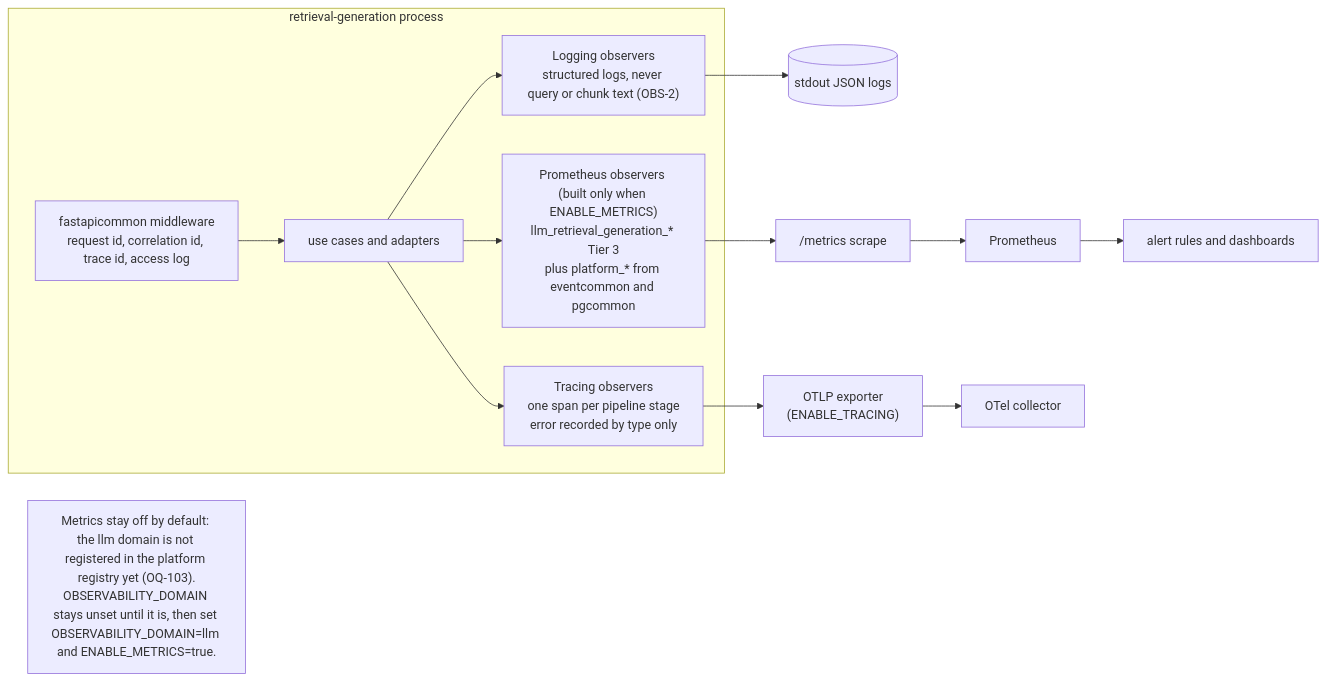
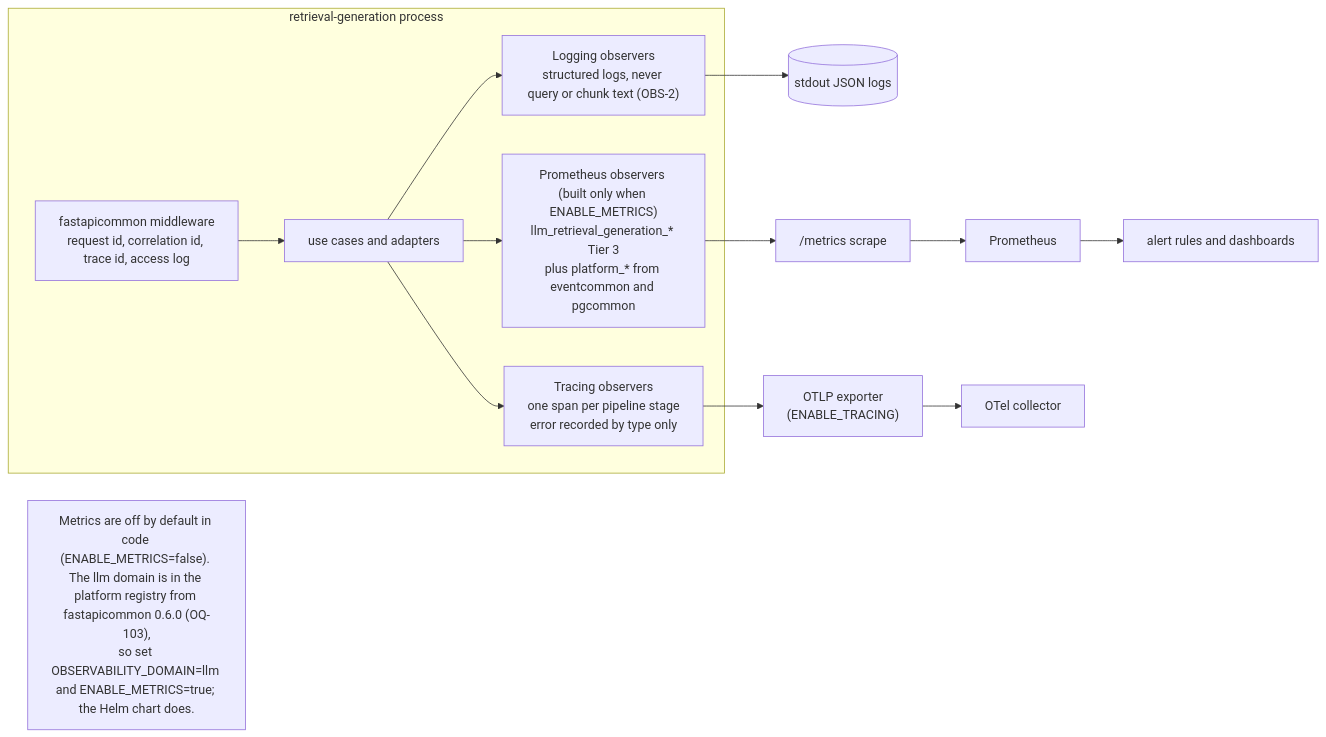
Before and after one commit to BCBP-SOLUTIONS-FZC-LLC/llm-retrieval-generation: the diagram in docs/architecture/mermaid/observability-stack.mmd, drawn with Mermaid. The commit also changed 23 other files, not shown here.

First line of the commit message:
feat: fastapicommon 0.6.0, the llm metrics domain, and the docs that called it blocked (#11)

```diff
--- a/docs/architecture/mermaid/observability-stack.mmd
+++ b/docs/architecture/mermaid/observability-stack.mmd
@@ -1,21 +1,21 @@
 flowchart LR
     subgraph svc["retrieval-generation process"]
         mw["fastapicommon middleware\nrequest id, correlation id, trace id, access log"]
         uc["use cases and adapters"]
         lo["Logging observers\nstructured logs, never query or chunk text (OBS-2)"]
         tr["Tracing observers\none span per pipeline stage\nerror recorded by type only"]
         pm["Prometheus observers (built only when ENABLE_METRICS)\nllm_retrieval_generation_* Tier 3\nplus platform_* from eventcommon and pgcommon"]
     end
 
     mw --> uc
     uc --> lo
     uc --> tr
     uc --> pm
     lo --> stdout[("stdout JSON logs")]
     tr --> otel["OTLP exporter\n(ENABLE_TRACING)"]
     pm --> metrics["/metrics scrape"]
     metrics --> prom["Prometheus"]
     otel --> collector["OTel collector"]
     prom --> alerts["alert rules and dashboards"]
 
-    gap["Metrics stay off by default: the llm domain is not registered in the platform registry yet (OQ-103).\nOBSERVABILITY_DOMAIN stays unset until it is, then set OBSERVABILITY_DOMAIN=llm and ENABLE_METRICS=true."]
+    gap["Metrics are off by default in code (ENABLE_METRICS=false). The llm domain is in the platform registry from fastapicommon 0.6.0 (OQ-103),\nso set OBSERVABILITY_DOMAIN=llm and ENABLE_METRICS=true; the Helm chart does."]
```
